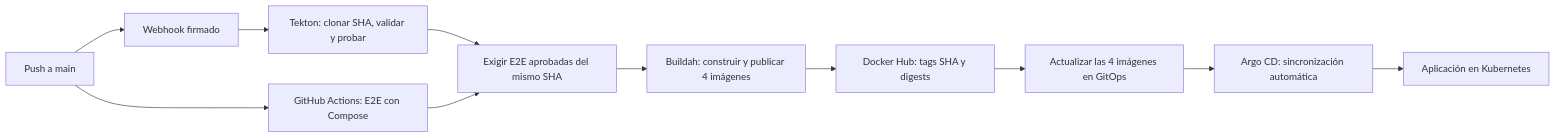
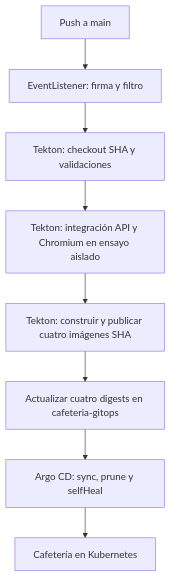
Before and after one commit to Migue98/cafeteria-app: the diagram in docs/tekton-ci-cd.md, drawn with Mermaid. The commit also changed other lines of this file and 9 other files, not shown here.

Commit message:
docs: define health probes and align Tekton GitOps plan

````diff
--- a/docs/tekton-ci-cd.md
+++ b/docs/tekton-ci-cd.md
@@ -22,13 +10,10 @@
 ```mermaid
-flowchart LR
-    PUSH[Push a main] --> HOOK[Webhook firmado]
-    HOOK --> TEKTON[Tekton: clonar SHA, validar y probar]
-    PUSH --> E2E[GitHub Actions: E2E con Compose]
-    TEKTON --> GATE[Exigir E2E aprobadas del mismo SHA]
-    E2E --> GATE
-    GATE --> BUILD[Buildah: construir y publicar 4 imágenes]
-    BUILD --> HUB[Docker Hub: tags SHA y digests]
-    HUB --> UPDATE[Actualizar las 4 imágenes en GitOps]
-    UPDATE --> ARGO[Argo CD: sincronización automática]
-    ARGO --> APP[Aplicación en Kubernetes]
+flowchart TD
+    A[Push a main] --> B[EventListener: firma y filtro]
+    B --> C[Tekton: checkout SHA y validaciones]
+    C --> D[Tekton: integración API y Chromium en ensayo aislado]
+    D --> E[Tekton: construir y publicar cuatro imágenes SHA]
+    E --> F[Actualizar cuatro digests en cafeteria-gitops]
+    F --> G[Argo CD: sync, prune y selfHeal]
+    G --> H[Cafetería en Kubernetes]
 ```
````
